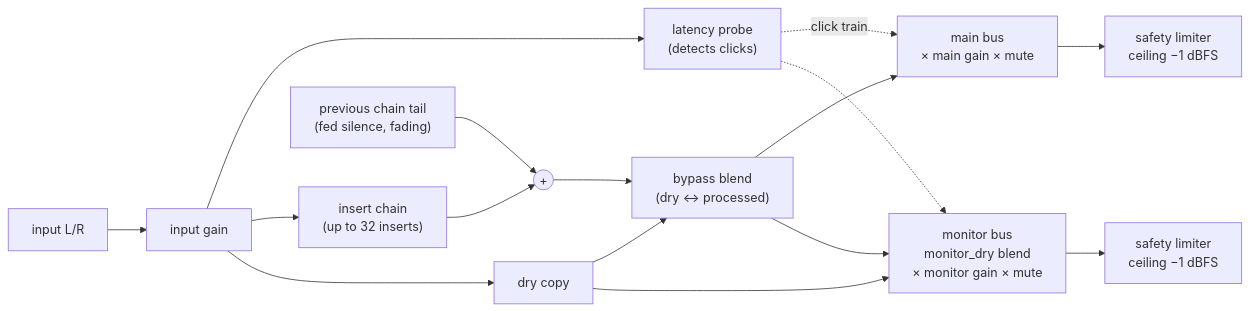
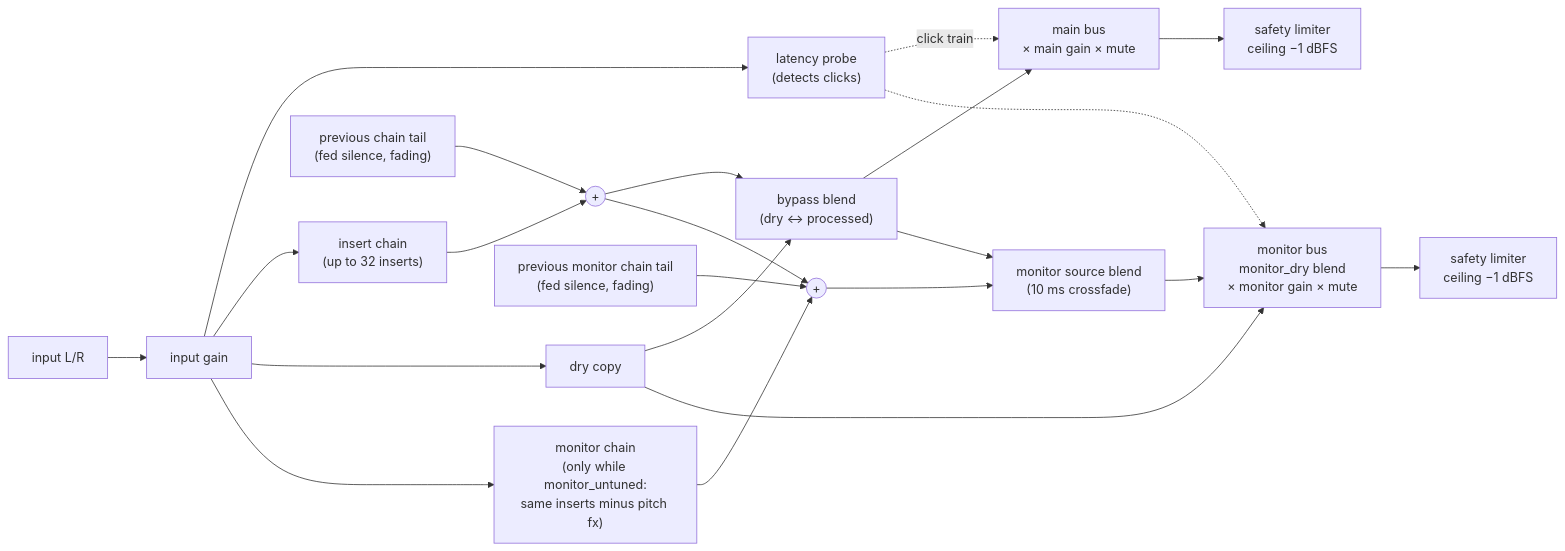
Before and after one commit to dragoscv/mmo: the second of 3 diagrams in docs/live/architecture.md, drawn with Mermaid. The commit also changed other lines of this file and 20 other files, not shown here.

First line of the commit message:
feat(live): latency slice - Voicemeeter insert, adaptive cushion, untuned monitor, fast shifter

````diff
--- a/docs/live/architecture.md
+++ b/docs/live/architecture.md
@@ -89,18 +89,24 @@
 ```mermaid
 flowchart LR
   in["input L/R"] --> ig["input gain"]
   ig --> probe["latency probe<br/>(detects clicks)"]
   ig --> chain["insert chain<br/>(up to 32 inserts)"]
   ig --> dry["dry copy"]
   tail["previous chain tail<br/>(fed silence, fading)"] --> sum(("+"))
   chain --> sum
   sum --> byp["bypass blend<br/>(dry ↔ processed)"]
   dry --> byp
   byp --> main["main bus<br/>× main gain × mute"]
-  byp --> mon["monitor bus<br/>monitor_dry blend<br/>× monitor gain × mute"]
+  sum --> msum(("+"))
+  mtail["previous monitor chain tail<br/>(fed silence, fading)"] --> msum
+  ig --> mchain["monitor chain<br/>(only while monitor_untuned:<br/>same inserts minus pitch fx)"]
+  mchain --> msum
+  byp --> msel["monitor source blend<br/>(10 ms crossfade)"]
+  msum --> msel
+  msel --> mon["monitor bus<br/>monitor_dry blend<br/>× monitor gain × mute"]
   dry --> mon
   probe -.->|"click train"| main
   probe -.-> mon
   main --> safe1["safety limiter<br/>ceiling −1 dBFS"]
   mon --> safe2["safety limiter<br/>ceiling −1 dBFS"]
 ```
````
